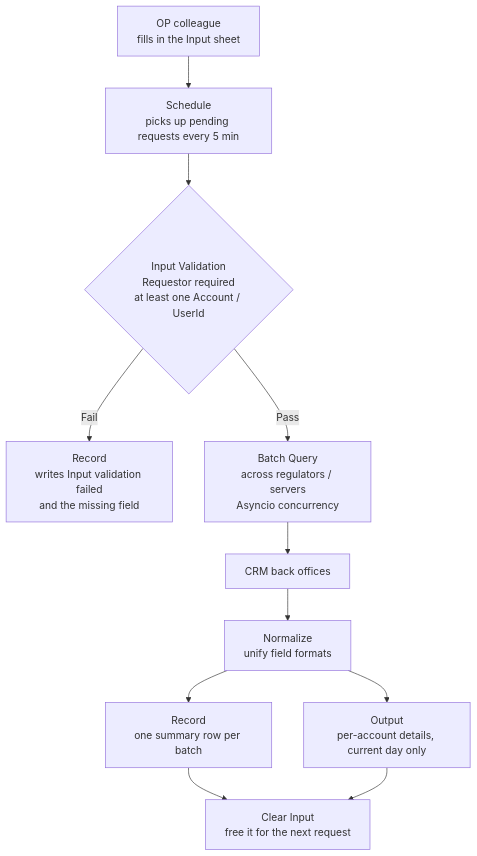
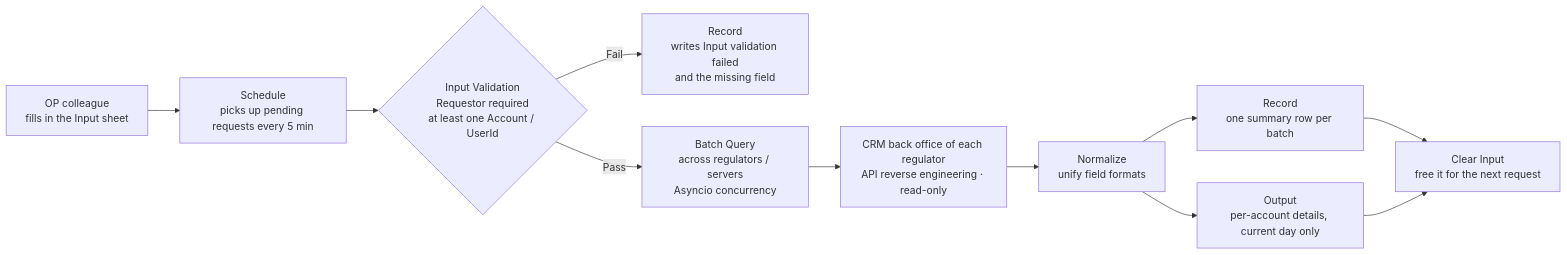
One commit to 01080710/01080710.github.io changed the diagram in src/content/projects-en/account-automation-engine.md. Above: the diagram before and after it, drawn with Mermaid. The commit also changed other lines of this file and 11 other files, not shown here.

````diff
--- a/src/content/projects-en/account-automation-engine.md
+++ b/src/content/projects-en/account-automation-engine.md
@@ -159,13 +55,13 @@
 ```mermaid
-flowchart TB
+flowchart LR
     OP["OP colleague<br/>fills in the Input sheet"] --> SCH["Schedule<br/>picks up pending requests every 5 min"]
     SCH --> VAL{"Input Validation<br/>Requestor required<br/>at least one Account / UserId"}
     VAL -->|"Fail"| REC_F["Record<br/>writes Input validation failed<br/>and the missing field"]
     VAL -->|"Pass"| QRY["Batch Query<br/>across regulators / servers<br/>Asyncio concurrency"]
-    QRY --> SRC["CRM back offices"]
+    QRY --> SRC["CRM back office of each regulator<br/>API reverse engineering · read-only"]
     SRC --> NORM["Normalize<br/>unify field formats"]
     NORM --> REC["Record<br/>one summary row per batch"]
     NORM --> OUT["Output<br/>per-account details, current day only"]
     REC --> CLR["Clear Input<br/>free it for the next request"]
     OUT --> CLR
 ```
````
